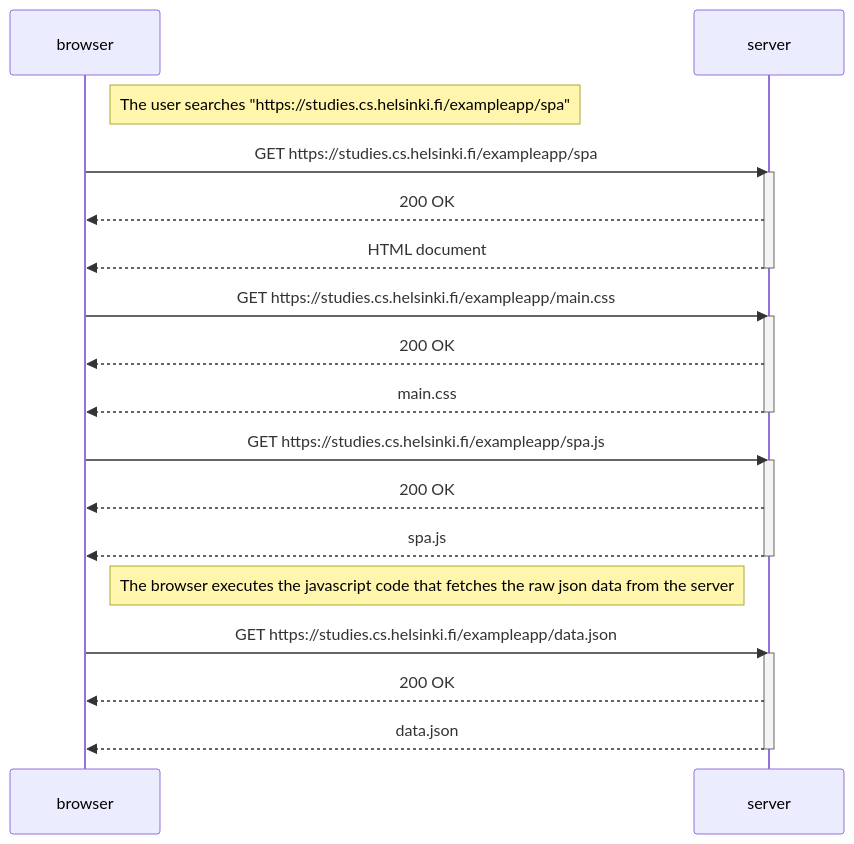
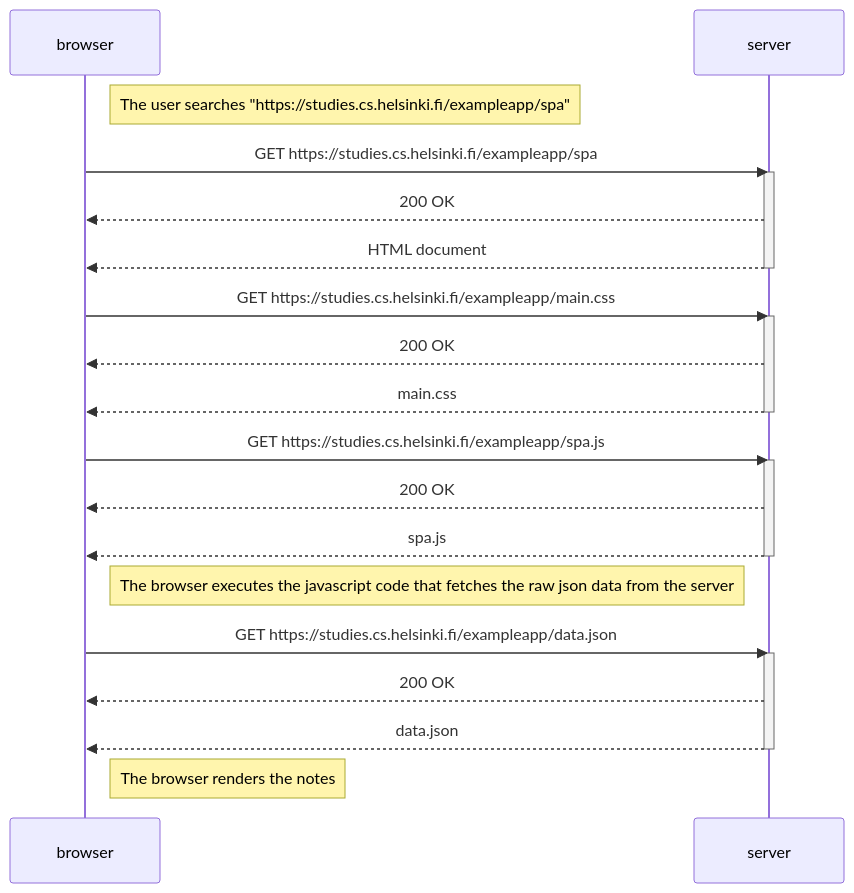
One commit to DavOlufuwa/fullstackopen changed the diagram in part0/0.5-single-page-app-diagram.md. Above: the diagram before and after it, drawn with Mermaid. The commit also changed 1 other file, not shown here.

Commit message:
Completed part one exercises

````diff
--- a/part0/0.5-single-page-app-diagram.md
+++ b/part0/0.5-single-page-app-diagram.md
@@ -3,33 +3,35 @@
 ``` mermaid
   sequenceDiagram
   participant browser
   participant server
 
   Note right of browser: The user searches "https://studies.cs.helsinki.fi/exampleapp/spa" 
 
   browser->>server: GET https://studies.cs.helsinki.fi/exampleapp/spa
   activate server
   server-->>browser: 200 OK
   server-->>browser: HTML document
   deactivate server
 
   browser->>server: GET https://studies.cs.helsinki.fi/exampleapp/main.css
   activate server
   server-->>browser: 200 OK
   server-->>browser: main.css
   deactivate server
 
   browser->>server: GET https://studies.cs.helsinki.fi/exampleapp/spa.js
   activate server
   server-->>browser: 200 OK
   server-->>browser: spa.js
   deactivate server
 
   Note right of browser: The browser executes the javascript code that fetches the raw json data from the server
 
   browser->>server: GET https://studies.cs.helsinki.fi/exampleapp/data.json
   activate server
   server-->>browser: 200 OK
   server-->>browser: data.json
   deactivate server
+  
+  Note right of browser: The browser renders the notes
 ```
````
